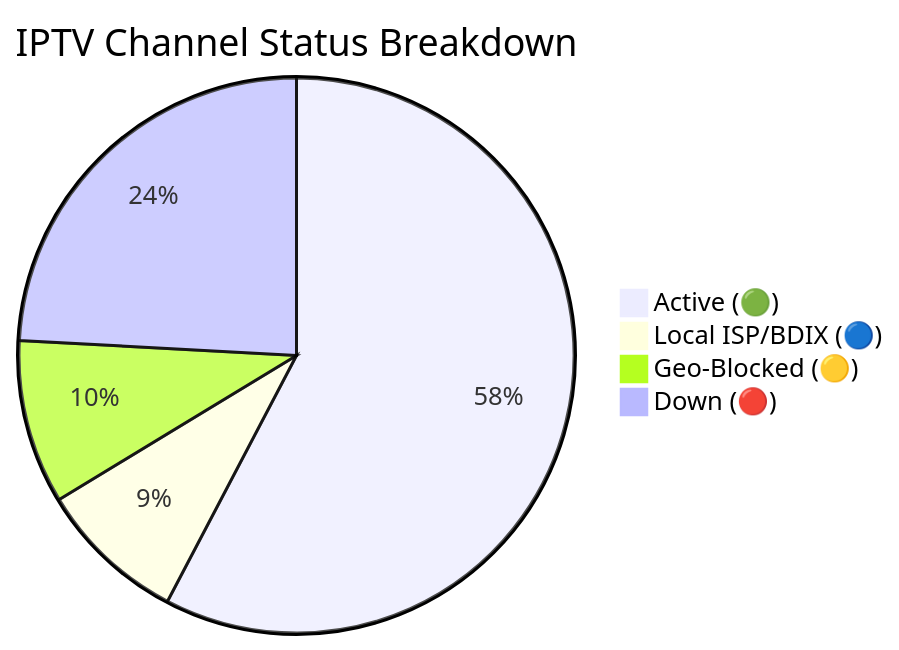
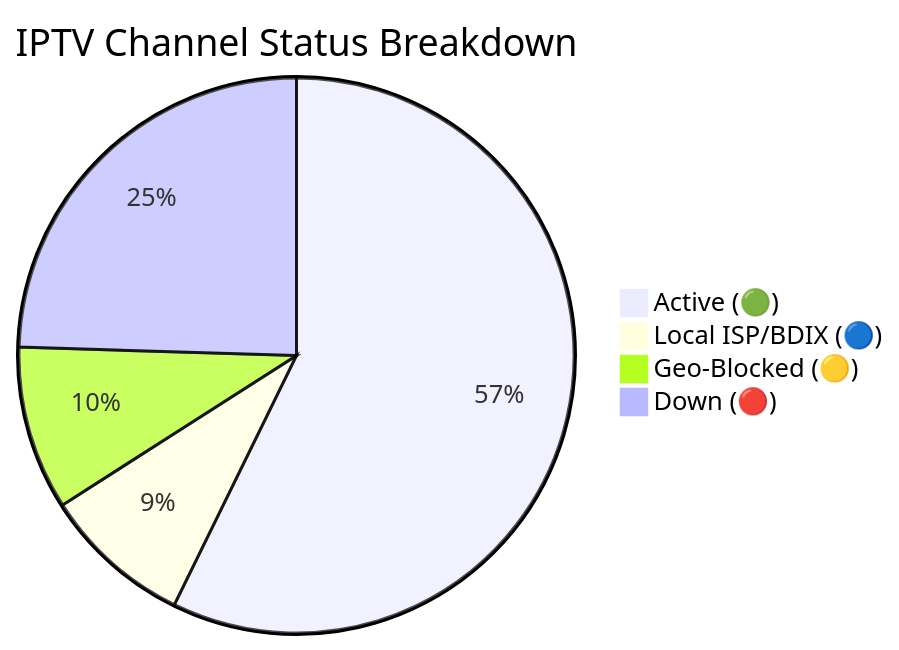
The diagram in README.md (Zaman-Topu/Ip-tv-Collection), drawn with Mermaid before and after one commit. The commit also changed other lines of this file and 6 other files, not shown here.

````diff
--- a/README.md
+++ b/README.md
@@ -149,7 +149,7 @@
 ```mermaid
 pie title IPTV Channel Status Breakdown
-    "Active (🟢)" : 10818
-    "Local ISP/BDIX (🔵)" : 1618
+    "Active (🟢)" : 10748
+    "Local ISP/BDIX (🔵)" : 1633
     "Geo-Blocked (🟡)" : 1789
-    "Down (🔴)" : 4526
+    "Down (🔴)" : 4603
 ```
````
